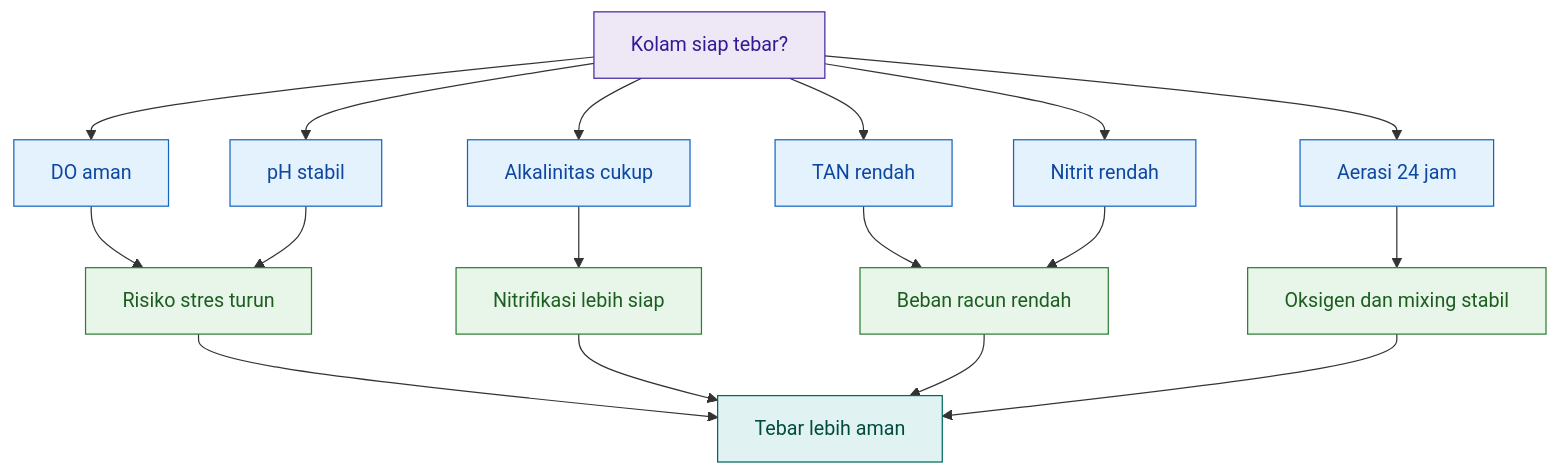
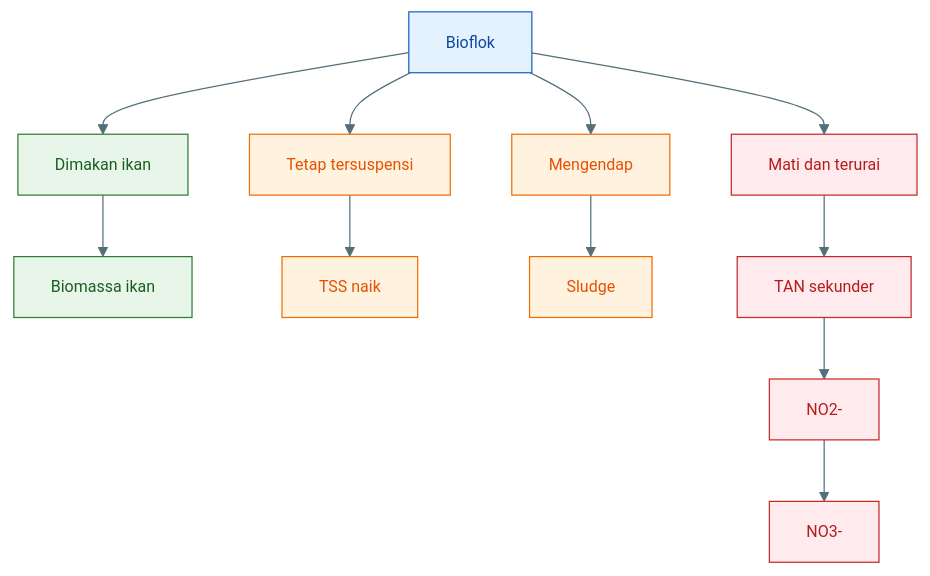
Diagram 13 of 32 in content/blog/agri/perikanan/ratio-cn-rendah-biflok.mdx (slametsampon/kawruhnology), drawn with Mermaid before and after one commit. The commit also changed other lines of this file, not shown here.

Commit message:
upadte rasio c/n rendah

````diff
--- a/content/blog/agri/perikanan/ratio-cn-rendah-biflok.mdx
+++ b/content/blog/agri/perikanan/ratio-cn-rendah-biflok.mdx
@@ -1556,31 +2698,37 @@
-```mermaid id="fw521g"
+```mermaid id="nasib-flok-bioflok"
+%%{init: {'theme':'base','themeVariables':{
+'primaryColor':'#E3F2FD',
+'primaryTextColor':'#0D47A1',
+'primaryBorderColor':'#1565C0',
+'secondaryColor':'#E8F5E9',
+'secondaryTextColor':'#1B5E20',
+'secondaryBorderColor':'#2E7D32',
+'tertiaryColor':'#FFF3E0',
+'tertiaryTextColor':'#E65100',
+'tertiaryBorderColor':'#EF6C00',
+'lineColor':'#546E7A',
+'fontSize':'13px'
+}}}%%
 flowchart TD
-    A["Kolam siap tebar?"] --> B["DO aman"]
-    A --> C["pH stabil"]
-    A --> D["Alkalinitas cukup"]
-    A --> E["TAN rendah"]
-    A --> F["Nitrit rendah"]
-    A --> G["Aerasi 24 jam"]
+    A["Bioflok"] --> B["Dimakan ikan"]
+    A --> C["Tetap tersuspensi"]
+    A --> D["Mengendap"]
+    A --> E["Mati dan terurai"]
 
-    B --> H["Risiko stres turun"]
-    C --> H
-    D --> I["Nitrifikasi lebih siap"]
-    E --> J["Beban racun rendah"]
-    F --> J
-    G --> K["Oksigen dan mixing stabil"]
+    B --> F["Biomassa ikan"]
+    C --> G["TSS naik"]
+    D --> H["Sludge"]
+    E --> I["TAN sekunder"]
+    I --> J["NO2-"]
+    J --> K["NO3-"]
 
-    H --> L["Tebar lebih aman"]
-    I --> L
-    J --> L
-    K --> L
+    classDef flok fill:#E3F2FD,stroke:#1565C0,color:#0D47A1;
+    classDef manfaat fill:#E8F5E9,stroke:#2E7D32,color:#1B5E20;
+    classDef risiko fill:#FFF3E0,stroke:#EF6C00,color:#E65100;
+    classDef bahaya fill:#FFEBEE,stroke:#C62828,color:#B71C1C;
 
-    classDef root fill:#ede7f6,stroke:#4527a0,color:#311b92;
-    classDef water fill:#e3f2fd,stroke:#1565c0,color:#0d47a1;
-    classDef microbe fill:#e8f5e9,stroke:#2e7d32,color:#1b5e20;
-    classDef safe fill:#e0f2f1,stroke:#00695c,color:#004d40;
-
-    class A root;
-    class B,C,D,E,F,G water;
-    class H,I,J,K microbe;
-    class L safe;
+    class A flok;
+    class B,F manfaat;
+    class C,D,G,H risiko;
+    class E,I,J,K bahaya;
 ```
````
